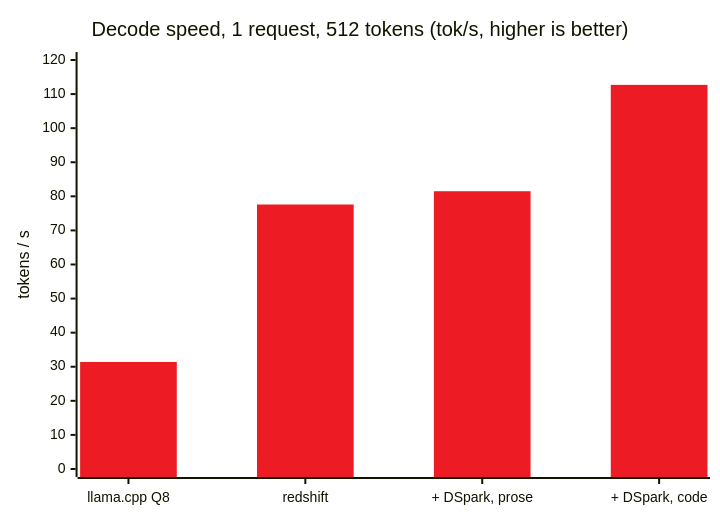
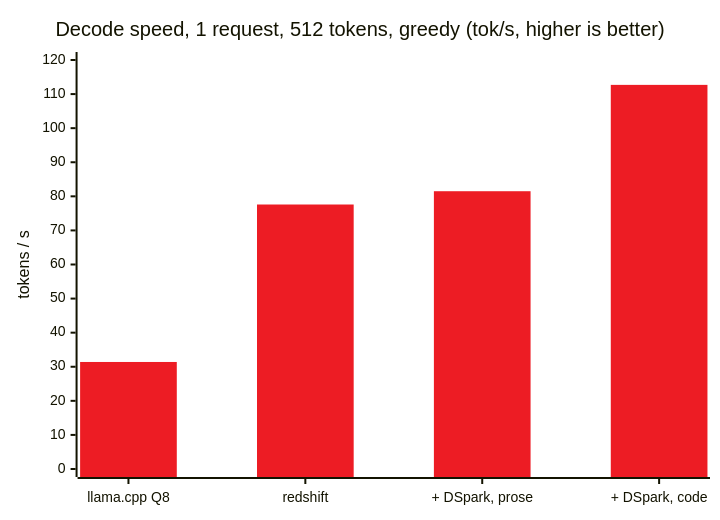
One commit to abhinand5/vllm-redshift changed the first of 2 diagrams in README.md. Above: the diagram before and after it, drawn with Mermaid. The commit also changed other lines of this file and 2 other files, not shown here.

````diff
--- a/README.md
+++ b/README.md
@@ -32,8 +32,8 @@
 ```mermaid
 %%{init: {"themeVariables": {"xyChart": {"plotColorPalette": "#ED1C24"}}}}%%
 xychart-beta
-    title "Decode speed, 1 request, 512 tokens (tok/s, higher is better)"
+    title "Decode speed, 1 request, 512 tokens, greedy (tok/s, higher is better)"
     x-axis ["llama.cpp Q8", "redshift", "+ DSpark, prose", "+ DSpark, code"]
     y-axis "tokens / s" 0 --> 120
     bar [31.4, 77.6, 81.5, 112.7]
 ```
````
